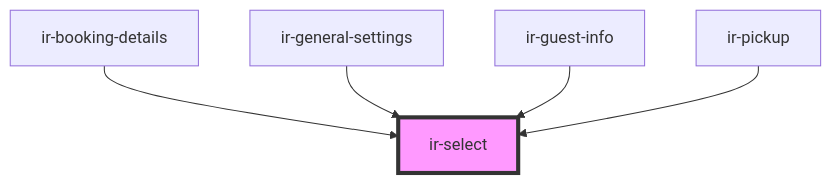
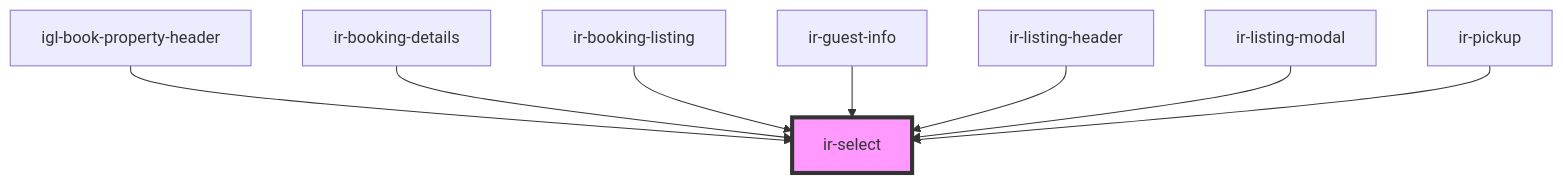
The diagram in src/components/ir-select/readme.md (David1Chowaifaty/modified-ir-webcmp), drawn with Mermaid before and after one commit. The commit also changed other lines of this file and 47 other files, not shown here.

Commit message:
still working on the booking listing

````diff
--- a/src/components/ir-select/readme.md
+++ b/src/components/ir-select/readme.md
@@ -49,8 +54,11 @@
 ```mermaid
 graph TD;
+  igl-book-property-header --> ir-select
   ir-booking-details --> ir-select
-  ir-general-settings --> ir-select
+  ir-booking-listing --> ir-select
   ir-guest-info --> ir-select
+  ir-listing-header --> ir-select
+  ir-listing-modal --> ir-select
   ir-pickup --> ir-select
   style ir-select fill:#f9f,stroke:#333,stroke-width:4px
 ```
````
